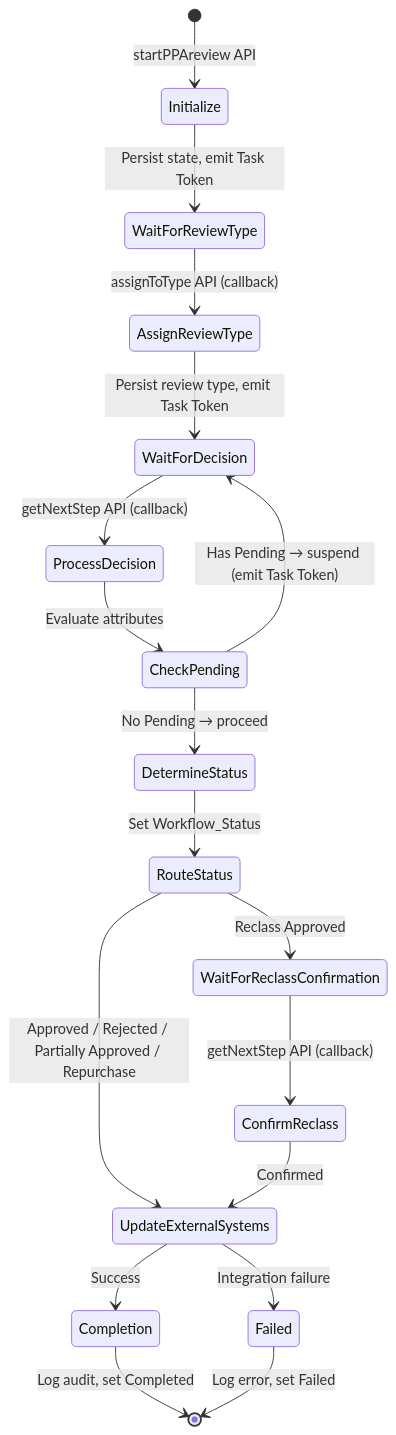
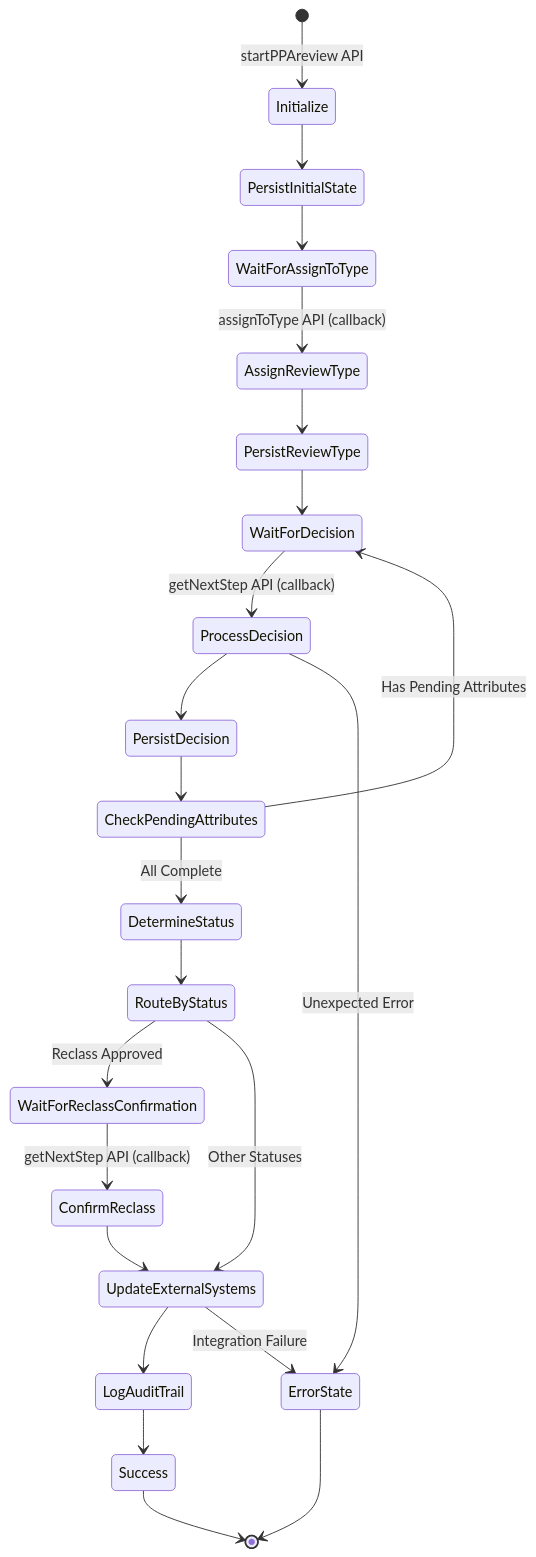
The second of 3 diagrams in .kiro/specs/ldc-loan-review-workflow/design.md (pratik-patel/kiro-autonomous-implementation), drawn with Mermaid before and after one commit. The commit also changed other lines of this file and 52 other files, not shown here.

````diff
--- a/.kiro/specs/ldc-loan-review-workflow/design.md
+++ b/.kiro/specs/ldc-loan-review-workflow/design.md
@@ -13,26 +27,32 @@
 ```mermaid
 stateDiagram-v2
     [*] --> Initialize: startPPAreview API
-    Initialize --> WaitForReviewType: Persist state, emit Task Token
-    WaitForReviewType --> AssignReviewType: assignToType API (callback)
-    AssignReviewType --> WaitForDecision: Persist review type, emit Task Token
+    Initialize --> PersistInitialState
+    PersistInitialState --> WaitForAssignToType
+
+    WaitForAssignToType --> AssignReviewType: assignToType API (callback)
+    AssignReviewType --> PersistReviewType
+    PersistReviewType --> WaitForDecision
+
     WaitForDecision --> ProcessDecision: getNextStep API (callback)
-    ProcessDecision --> CheckPending: Evaluate attributes
+    ProcessDecision --> PersistDecision
+    PersistDecision --> CheckPendingAttributes
 
-    CheckPending --> WaitForDecision: Has Pending → suspend (emit Task Token)
-    CheckPending --> DetermineStatus: No Pending → proceed
+    CheckPendingAttributes --> WaitForDecision: Has Pending Attributes
+    CheckPendingAttributes --> DetermineStatus: All Complete
 
-    DetermineStatus --> RouteStatus: Set Workflow_Status
-
-    RouteStatus --> UpdateExternalSystems: Approved / Rejected / Partially Approved / Repurchase
-    RouteStatus --> WaitForReclassConfirmation: Reclass Approved
+    DetermineStatus --> RouteByStatus
+    RouteByStatus --> WaitForReclassConfirmation: Reclass Approved
+    RouteByStatus --> UpdateExternalSystems: Other Statuses
 
     WaitForReclassConfirmation --> ConfirmReclass: getNextStep API (callback)
-    ConfirmReclass --> UpdateExternalSystems: Confirmed
+    ConfirmReclass --> UpdateExternalSystems
 
-    UpdateExternalSystems --> Completion: Success
-    UpdateExternalSystems --> Failed: Integration failure
+    UpdateExternalSystems --> LogAuditTrail
+    LogAuditTrail --> Success
+    Success --> [*]
 
-    Completion --> [*]: Log audit, set Completed
-    Failed --> [*]: Log error, set Failed
+    ProcessDecision --> ErrorState: Unexpected Error
+    UpdateExternalSystems --> ErrorState: Integration Failure
+    ErrorState --> [*]
 ```
````
